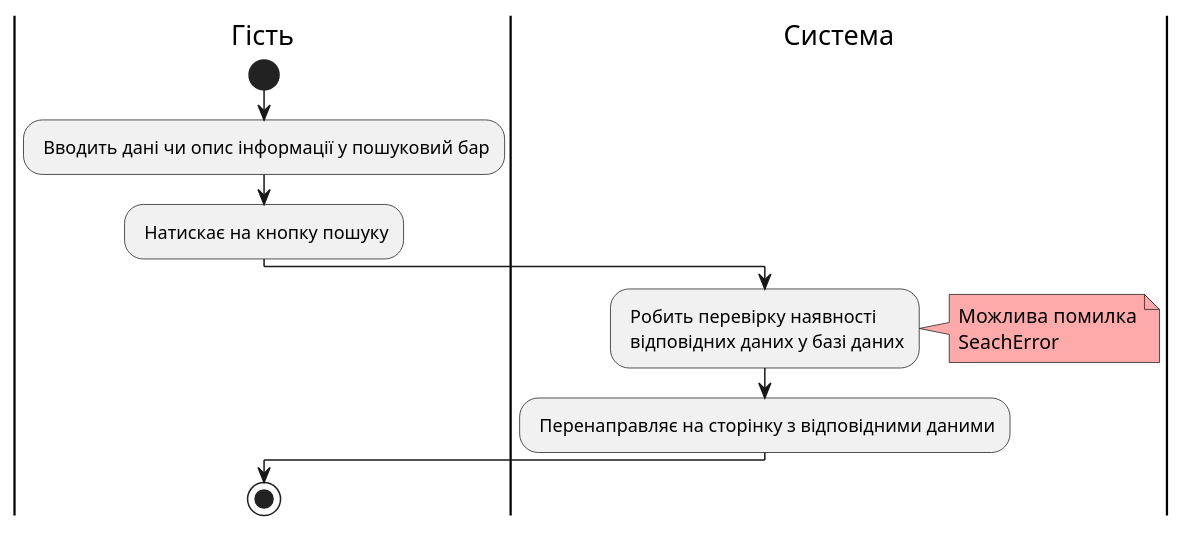
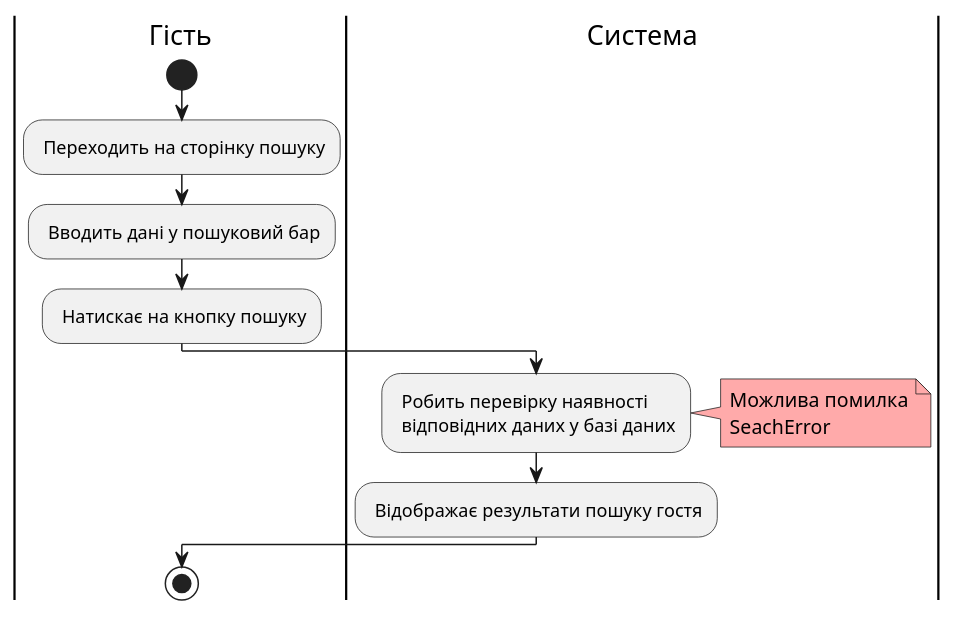
One commit to stvake/database_group2 changed the fifth of 16 diagrams in docs/use cases/README.md. Above: the diagram before and after it, drawn with PlantUML. The commit also changed other lines of this file, not shown here.

Commit message:
Невеликі правки

```diff
--- a/docs/use cases/README.md
+++ b/docs/use cases/README.md
@@ -163,19 +163,20 @@
 @startuml
 
     |Гість|
     start;
-    : Вводить дані чи опис інформації у пошуковий бар;
+    : Переходить на сторінку пошуку;
+    : Вводить дані у пошуковий бар;
     : Натискає на кнопку пошуку;
 
     |Система|
     : Робить перевірку наявності \n відповідних даних у базі даних;
     note right #ffaaaa
         Можлива помилка
         SeachError
     end note
-    : Перенаправляє на сторінку з відповідними даними;
+    : Відображає результати пошуку гостя;
 
     |Гість|
     stop;
 
 @enduml
```
